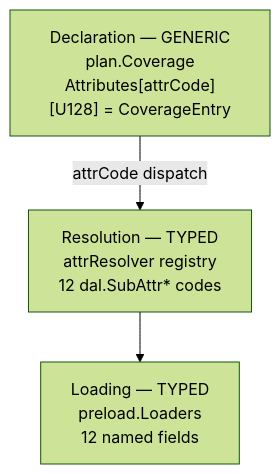
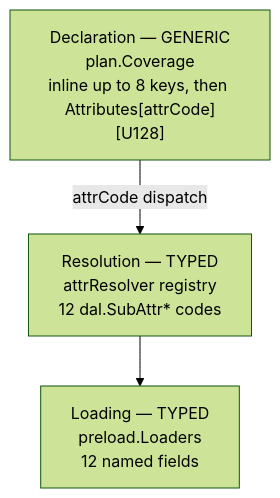
The first of 2 diagrams in docs/technical/architecture/subsystems/fsm/preload.md (formancehq/ledger), drawn with Mermaid (forest theme) before and after one commit. The commit also changed other lines of this file and 15 other files, not shown here.

````diff
--- a/docs/technical/architecture/subsystems/fsm/preload.md
+++ b/docs/technical/architecture/subsystems/fsm/preload.md
@@ -23,7 +23,7 @@
 ```mermaid
 flowchart TB
-    D["Declaration — GENERIC<br/>plan.Coverage<br/>Attributes[attrCode][U128] = CoverageEntry"]
+    D["Declaration — GENERIC<br/>plan.Coverage<br/>inline up to 8 keys, then Attributes[attrCode][U128]"]
     R["Resolution — TYPED<br/>attrResolver registry<br/>12 dal.SubAttr* codes"]
     L["Loading — TYPED<br/>preload.Loaders<br/>12 named fields"]
     D -->|"attrCode dispatch"| R --> L
 ```
````
